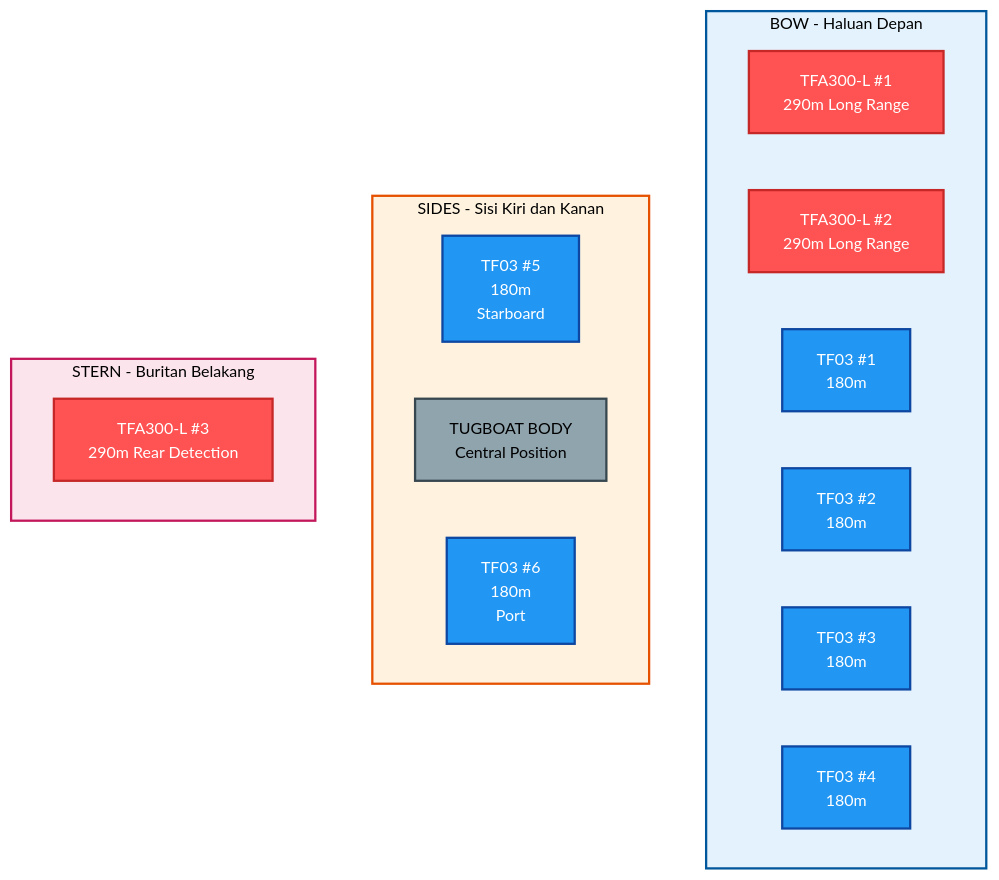
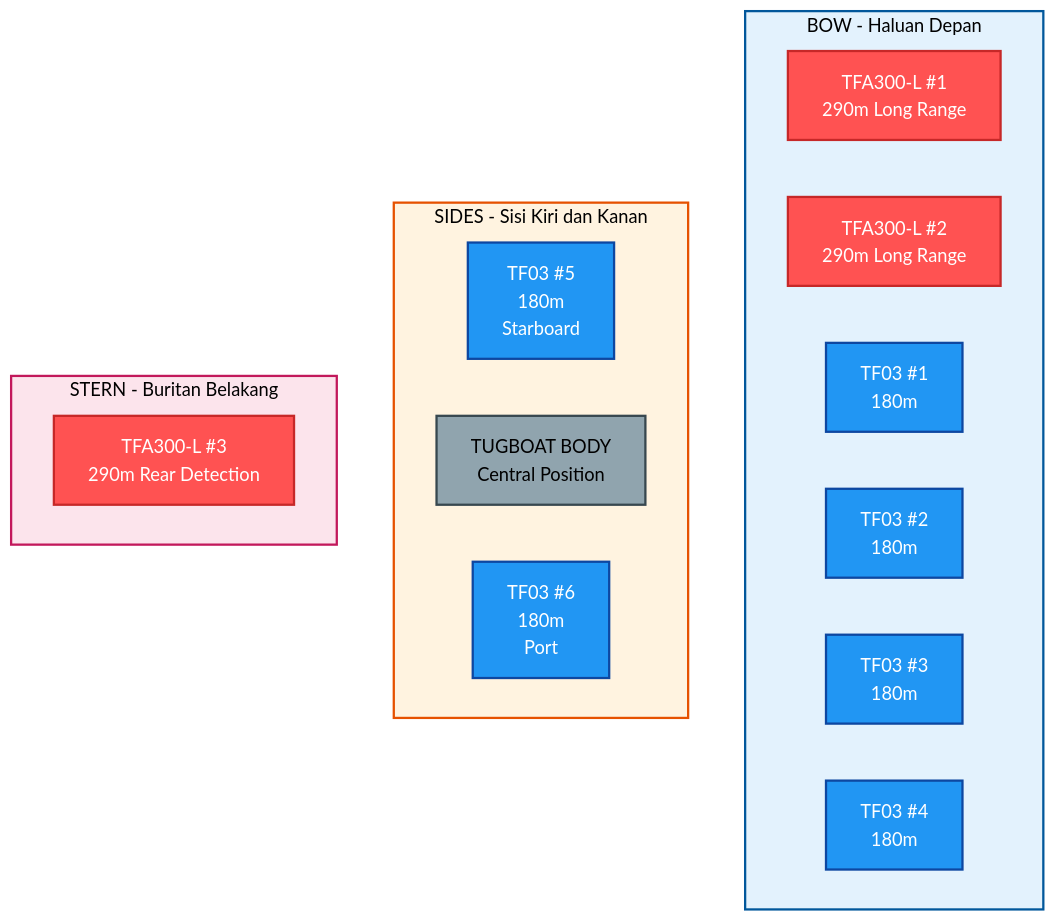
One commit to antonprafanto/buros2025 changed the second of 5 diagrams in 01_PROPOSAL_UTAMA_BESTARI_SAINTEK.md. Above: the diagram before and after it, drawn with Mermaid. The commit also changed other lines of this file, not shown here.

First line of the commit message:
Switch to neutral theme for GitHub Mermaid compatibility

````diff
--- a/01_PROPOSAL_UTAMA_BESTARI_SAINTEK.md
+++ b/01_PROPOSAL_UTAMA_BESTARI_SAINTEK.md
@@ -228,48 +228,48 @@
 ```mermaid
-%%{init: {'theme':'base', 'themeVariables': { 'primaryColor':'#ffffff','primaryTextColor':'#000','primaryBorderColor':'#000','lineColor':'#000','secondaryColor':'#ffffff','background':'#ffffff','mainBkg':'#ffffff','secondBkg':'#ffffff','clusterBkg':'#e3f2fd','clusterBorder':'#01579b','edgeLabelBackground':'#ffffff','fontFamily':'arial','fontSize':'14px','textColor':'#000','nodeBorder':'#000','nodeTextColor':'#000','arrowheadColor':'#000'}}}%%
+%%{init: {'theme':'neutral', 'themeVariables': { 'darkMode':'false'}}}%%
 graph TB
     subgraph BOW["BOW - Haluan Depan"]
         TFA1["TFA300-L #1
         290m Long Range"]
         TFA2["TFA300-L #2
         290m Long Range"]
         TF03_F1["TF03 #1
         180m"]
         TF03_F2["TF03 #2
         180m"]
         TF03_F3["TF03 #3
         180m"]
         TF03_F4["TF03 #4
         180m"]
     end
 
     subgraph SIDES["SIDES - Sisi Kiri dan Kanan"]
         TF03_L["TF03 #5
         180m
         Starboard"]
         BODY["TUGBOAT BODY
         Central Position"]
         TF03_R["TF03 #6
         180m
         Port"]
     end
 
     subgraph STERN["STERN - Buritan Belakang"]
         TFA3["TFA300-L #3
         290m Rear Detection"]
     end
 
     style BOW fill:#e3f2fd,stroke:#01579b,stroke-width:2px,color:#000
     style SIDES fill:#fff3e0,stroke:#e65100,stroke-width:2px,color:#000
     style STERN fill:#fce4ec,stroke:#c2185b,stroke-width:2px,color:#000
     style TFA1 fill:#ff5252,color:#fff,stroke:#c62828,stroke-width:2px
     style TFA2 fill:#ff5252,color:#fff,stroke:#c62828,stroke-width:2px
     style TFA3 fill:#ff5252,color:#fff,stroke:#c62828,stroke-width:2px
     style TF03_F1 fill:#2196f3,color:#fff,stroke:#0d47a1,stroke-width:2px
     style TF03_F2 fill:#2196f3,color:#fff,stroke:#0d47a1,stroke-width:2px
     style TF03_F3 fill:#2196f3,color:#fff,stroke:#0d47a1,stroke-width:2px
     style TF03_F4 fill:#2196f3,color:#fff,stroke:#0d47a1,stroke-width:2px
     style TF03_L fill:#2196f3,color:#fff,stroke:#0d47a1,stroke-width:2px
     style TF03_R fill:#2196f3,color:#fff,stroke:#0d47a1,stroke-width:2px
     style BODY fill:#90a4ae,color:#000,stroke:#37474f,stroke-width:2px
 ```
````
